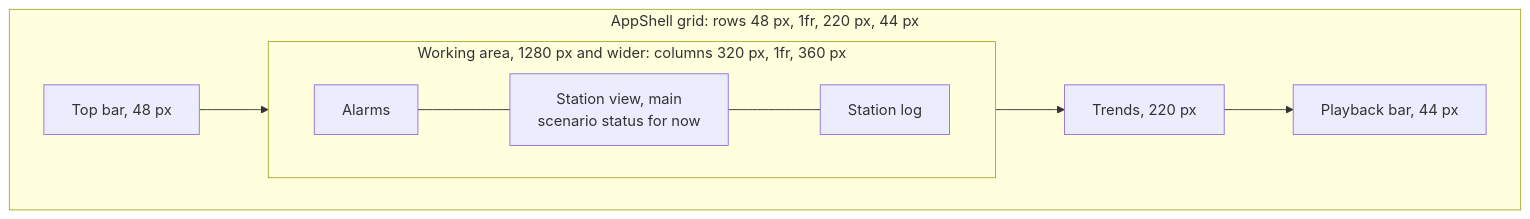
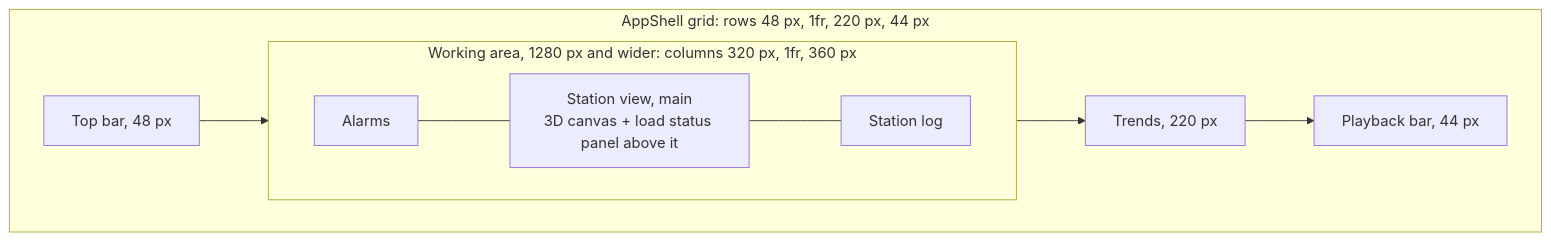
Before and after one commit to Nagdy8888/PlumeTrace: the first of 3 diagrams in docs/reference/UI_PANELS.md, drawn with Mermaid. The commit also changed other lines of this file and 51 other files, not shown here.

First line of the commit message:
feat(3d): add R3F station view with picking, selection, camera and quality tiers

````diff
--- a/docs/reference/UI_PANELS.md
+++ b/docs/reference/UI_PANELS.md
@@ -21,18 +22,18 @@
 ```mermaid
 flowchart TB
     subgraph Shell["AppShell grid: rows 48 px, 1fr, 220 px, 44 px"]
         Top["Top bar, 48 px"]
         subgraph Work["Working area, 1280 px and wider: columns 320 px, 1fr, 360 px"]
             direction LR
             Alarms["Alarms"]
-            Station["Station view, main<br/>scenario status for now"]
+            Station["Station view, main<br/>3D canvas + load status panel above it"]
             Log["Station log"]
             Alarms --- Station --- Log
         end
         Trends["Trends, 220 px"]
         Play["Playback bar, 44 px"]
         Top --> Work
         Work --> Trends
         Trends --> Play
     end
 ```
````
